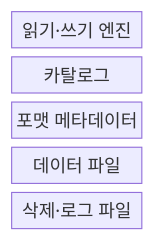
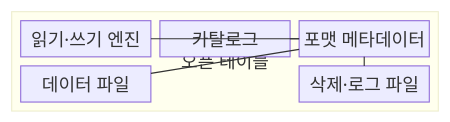
Before and after one commit to agnusdei1207/knowledge-base: the first of 2 diagrams in src/content/docs/notes/03-software/129_open_table_format.md, drawn with Mermaid. The commit also changed other lines of this file and 20 other files, not shown here.

````diff
--- a/src/content/docs/notes/03-software/129_open_table_format.md
+++ b/src/content/docs/notes/03-software/129_open_table_format.md
@@ -59,9 +60,17 @@
 ```mermaid
-block-beta
+block
     columns 1
-    A["읽기·쓰기 엔진"]
-    B["카탈로그"]
-    C["포맷 메타데이터"]
-    D["데이터 파일"]
-    E["삭제·로그 파일"]
+    block:TABLE["오픈 테이블"]
+        columns 3
+        A["읽기·쓰기 엔진"]
+        B["카탈로그"]
+        C["포맷 메타데이터"]
+        D["데이터 파일"]
+        space
+        E["삭제·로그 파일"]
+    end
+    A --- C
+    B --- C
+    C --- D
+    C --- E
 ```
````
